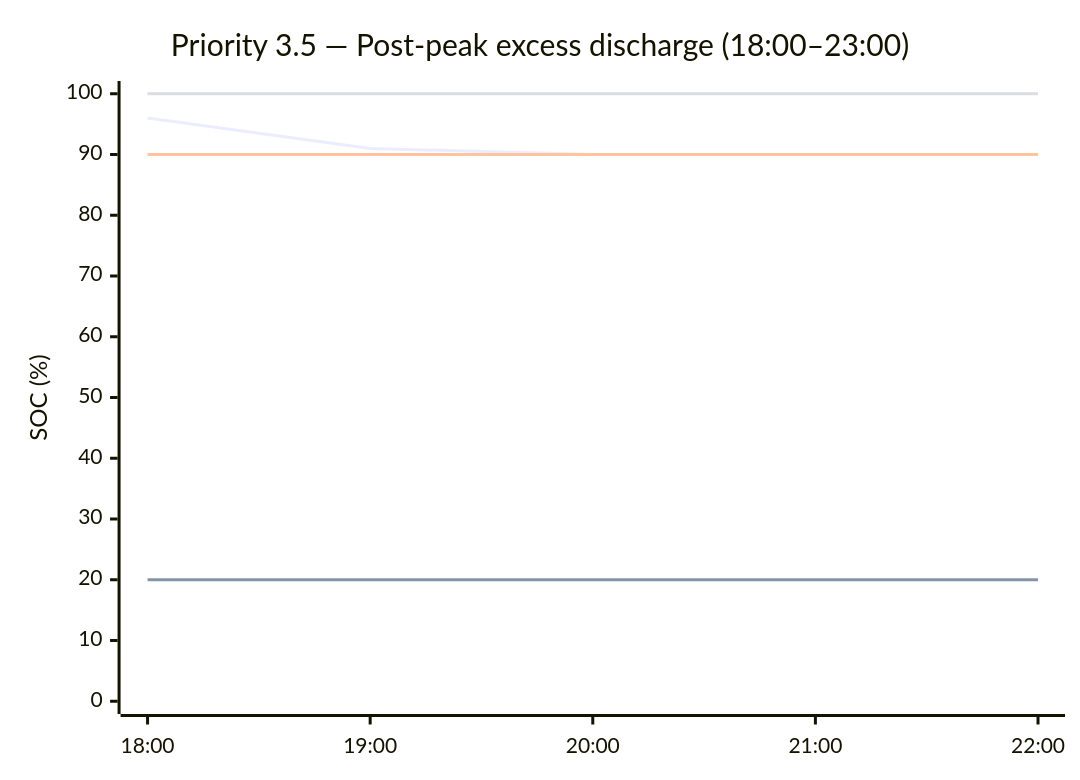
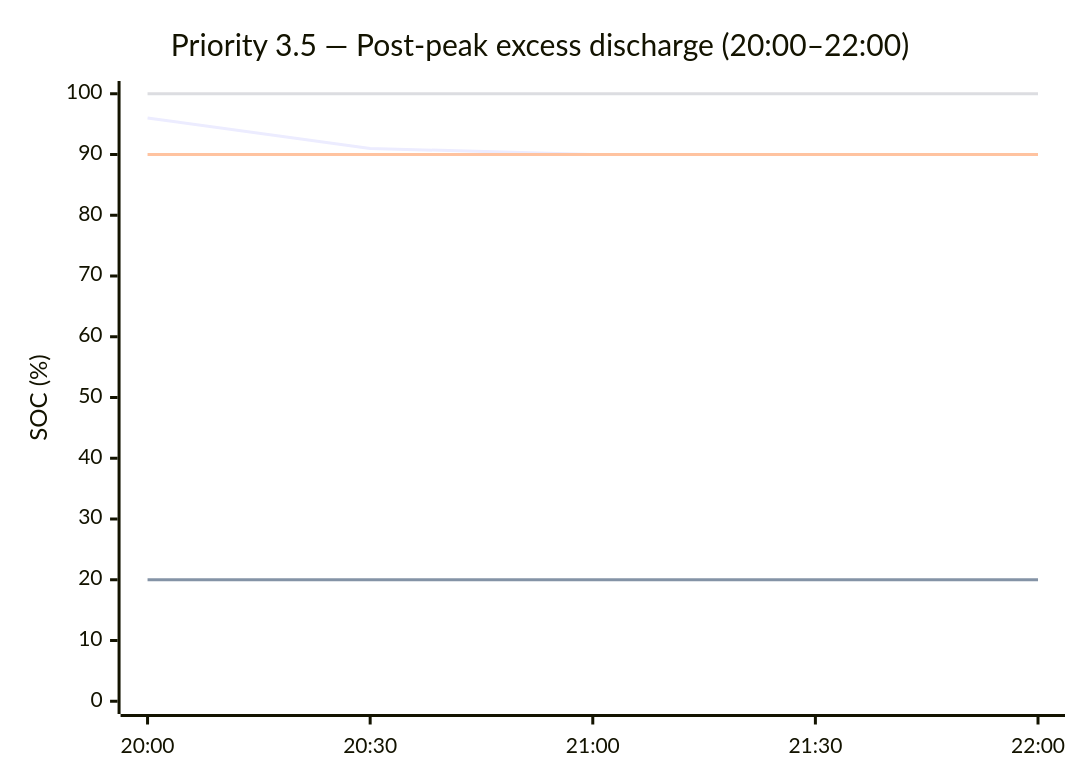
One commit to Atrium0804/SessyStrategy_HA changed the fourth of 7 diagrams in README.md. Above: the diagram before and after it, drawn with Mermaid. The commit also changed other lines of this file and 5 other files, not shown here.

````diff
--- a/README.md
+++ b/README.md
@@ -167,11 +171,11 @@
 ```mermaid
 %%{init: {"xyChart": {"plotColorPalette": "#CC79A7,#EBB08A,#0072B2,#7BCAB4"}}}%%
 xychart-beta
-    title "Priority 3.5 — Post-peak excess discharge (18:00–23:00)"
-    x-axis ["18:00", "19:00", "20:00", "21:00", "22:00"]
+    title "Priority 3.5 — Post-peak excess discharge (20:00–22:00)"
+    x-axis ["20:00", "20:30", "21:00", "21:30", "22:00"]
     y-axis "SOC (%)" 0 --> 100
     line [96, 91, 90, 90, 90]
     line [20, 20, 20, 20, 20]
     line [90, 90, 90, 90, 90]
     line [100, 100, 100, 100, 100]
 ```
````
